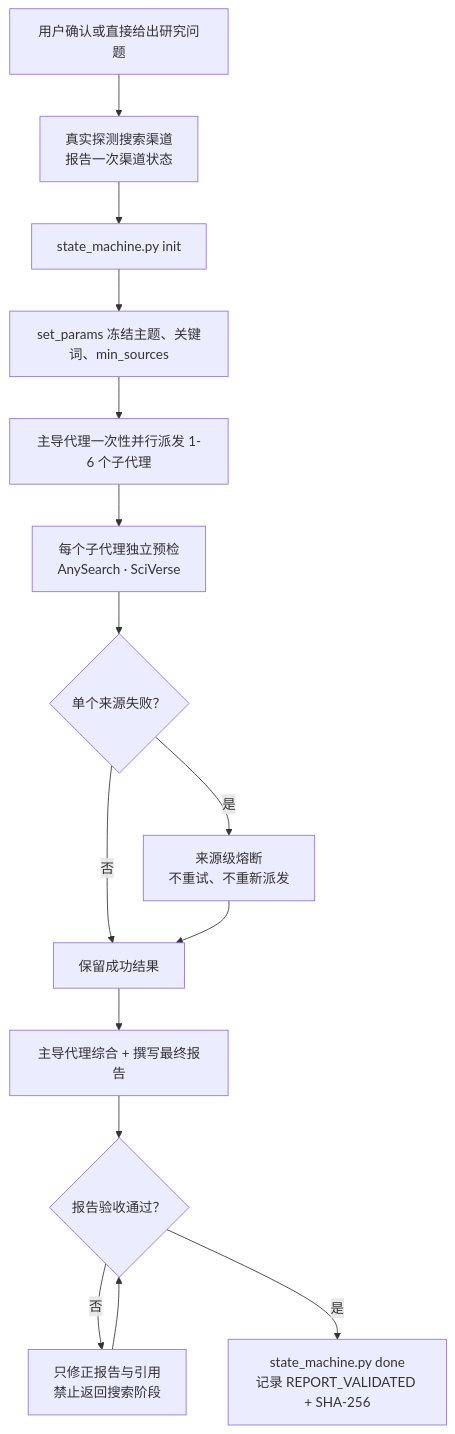
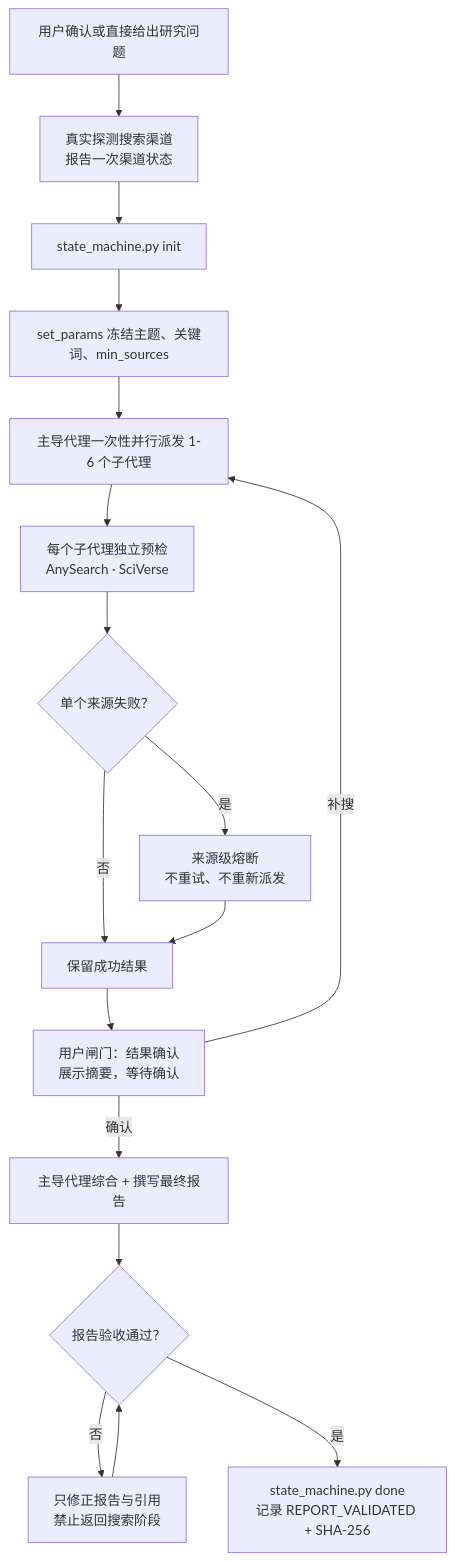
One commit to jefeerzhang/tri-research-skill changed the diagram in README.md. Above: the diagram before and after it, drawn with Mermaid. The commit also changed 1 other file, not shown here.

Commit message:
feat: add batch confirmation gate (用户闸门) between search and synthesis
Inspired by Weizhena/deep-research-skills — after all sub-agents return,
present result summary to user and wait for confirmation before proceeding
to report synthesis. Supports '继续综合报告', '补搜维度', '重搜某维度'.

- SKILL.md: insert Step 4 (结果确认), renumber Step 5 (综合与报告)
- README.md: update mermaid chart with confirmation gate +补搜 loop
- Maintenance: compress 降级策略 section to keep SKILL.md ≤400 lines

````diff
--- a/README.md
+++ b/README.md
@@ -48,17 +48,19 @@
 ```mermaid
 flowchart TD
     U["用户确认或直接给出研究问题"] --> P["真实探测搜索渠道<br/>报告一次渠道状态"]
     P --> SM0["state_machine.py init"]
     SM0 --> SM1["set_params 冻结主题、关键词、min_sources"]
     SM1 --> D["主导代理一次性并行派发 1-6 个子代理"]
     D --> Q["每个子代理独立预检<br/>AnySearch · SciVerse"]
     Q --> F{"单个来源失败？"}
     F -- "是" --> CB["来源级熔断<br/>不重试、不重新派发"]
     F -- "否" --> R["保留成功结果"]
     CB --> R
-    R --> S["主导代理综合 + 撰写最终报告"]
+    R --> C["用户闸门：结果确认<br/>展示摘要，等待确认"]
+    C -- "确认" --> S["主导代理综合 + 撰写最终报告"]
+    C -- "补搜" --> D
     S --> V{"报告验收通过？"}
     V -- "否" --> FIX["只修正报告与引用<br/>禁止返回搜索阶段"]
     FIX --> V
     V -- "是" --> SM2["state_machine.py done<br/>记录 REPORT_VALIDATED + SHA-256"]
 ```
````
